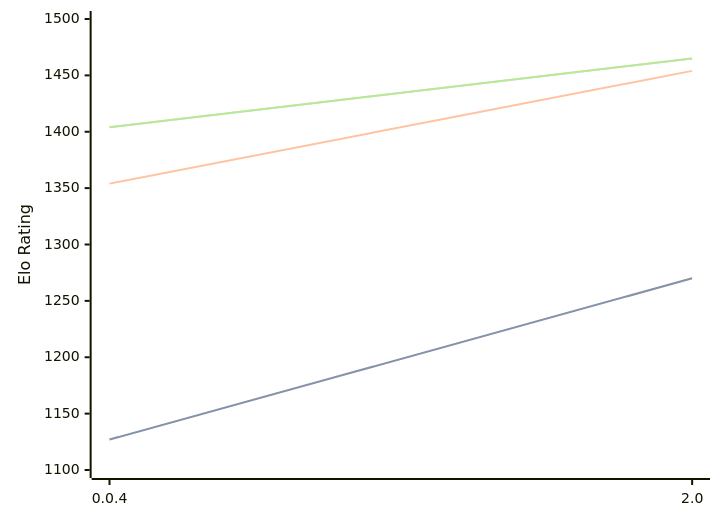
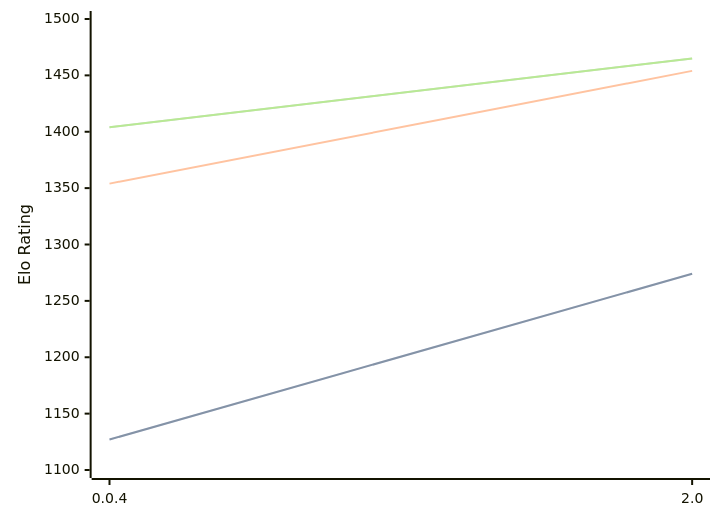
Before and after one commit to computer-chess-index/cci: the first of 3 diagrams in engines/Oops!Mate.md, drawn with Mermaid. The commit also changed other lines of this file, not shown here.

````diff
--- a/engines/Oops!Mate.md
+++ b/engines/Oops!Mate.md
@@ -52,11 +52,11 @@
 ```mermaid
 %%{init: {"theme":"base","themeVariables":{"seriesColors:['#a3a3a3','#222221','#faa371']}}}%%
 xychart-beta
   x-axis ["0.0.4", "2.0"]
   y-axis "Elo Rating" 1100 --> 1500
-  line "STC (8.0+0.08s)" [1127, 1270]
-  line "STC (8.0+0.08s)" [1127, 1270]
+  line "STC (8.0+0.08s)" [1127, 1274]
+  line "STC (8.0+0.08s)" [1127, 1274]
   line "LTC (60.0+0.60s)" [1354, 1454]
   line "VLTC (2m24s+1.12s)" [1404, 1465]
   line "VLTC (2m24s+1.12s)" [1404, 1465]
 ```
````
